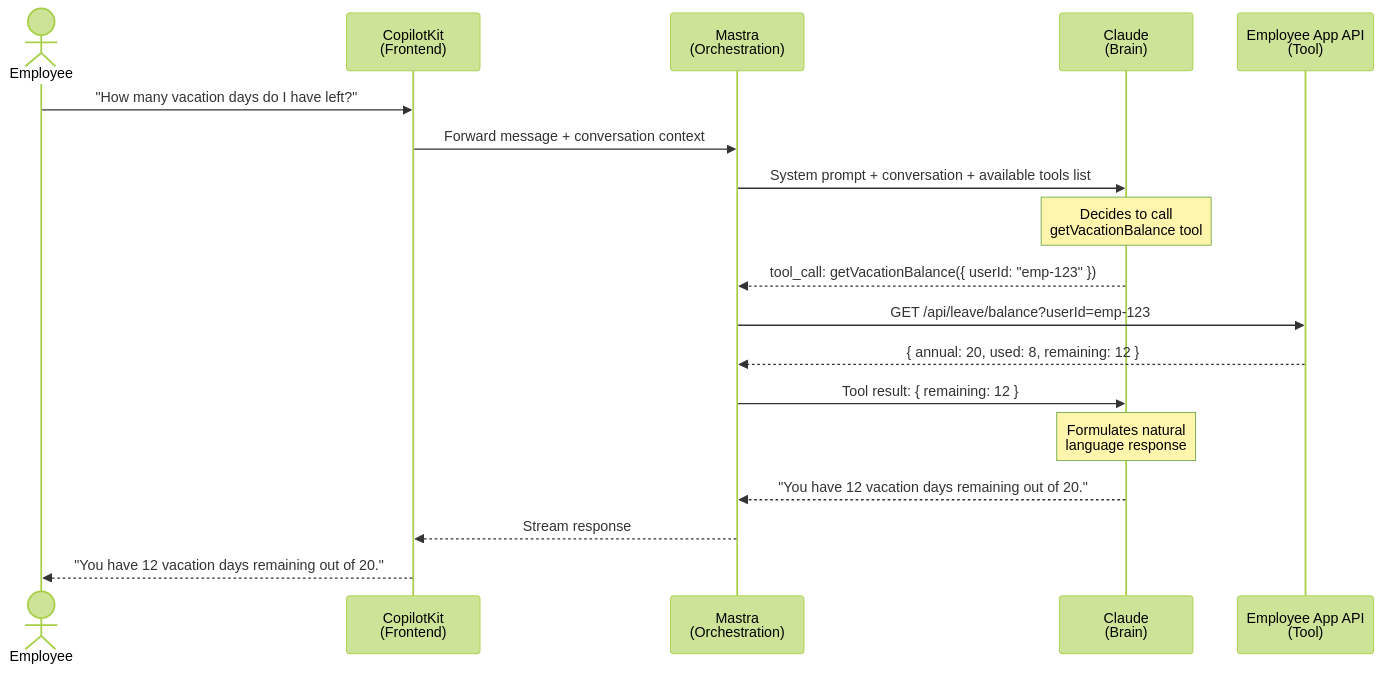
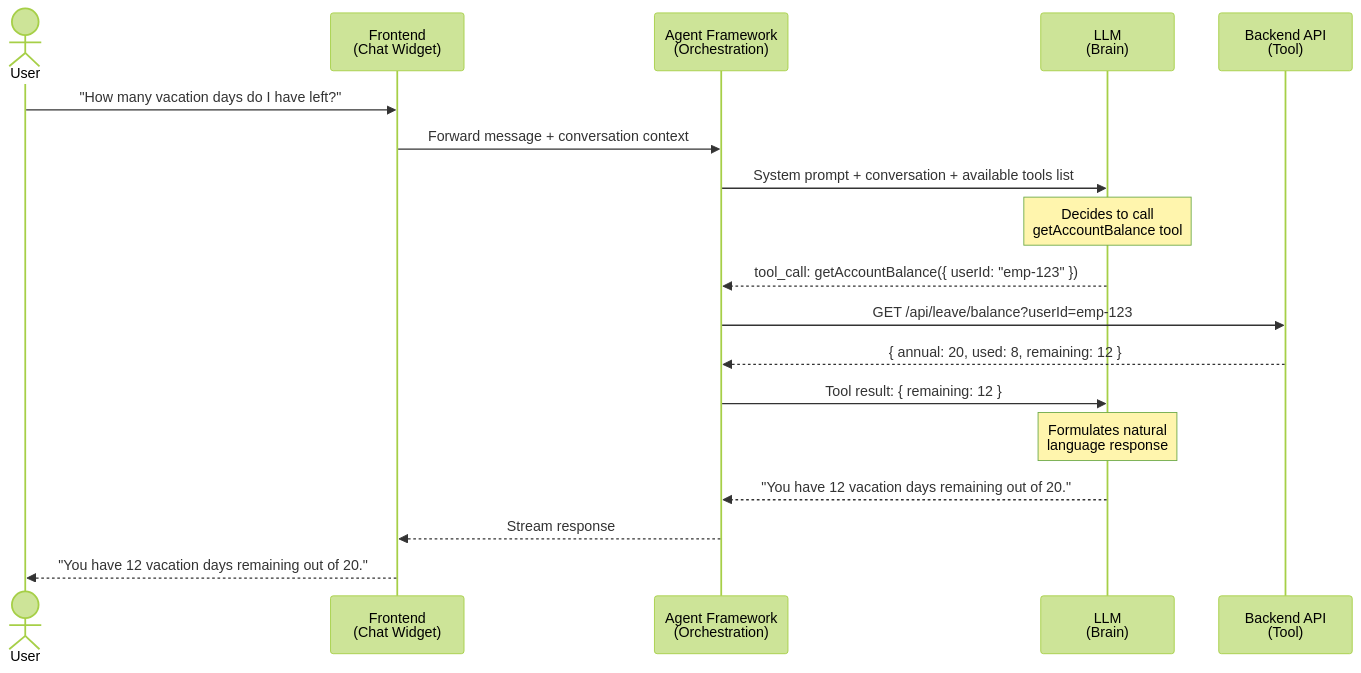
Before and after one commit to lngyeen/owt-employee-copilot: the fourth of 17 diagrams in docs/core/ai-agent-fundamentals.md, drawn with Mermaid (forest theme). The commit also changed other lines of this file, not shown here.

First line of the commit message:
docs: restructure ai-agent-fundamentals as generic reference

````diff
--- a/docs/core/ai-agent-fundamentals.md
+++ b/docs/core/ai-agent-fundamentals.md
@@ -149,25 +188,25 @@
 ```mermaid
 sequenceDiagram
-    actor User as Employee
-    participant App as CopilotKit<br/>(Frontend)
-    participant Orch as Mastra<br/>(Orchestration)
-    participant LLM as Claude<br/>(Brain)
-    participant Tool as Employee App API<br/>(Tool)
+    actor User
+    participant App as Frontend<br/>(Chat Widget)
+    participant Orch as Agent Framework<br/>(Orchestration)
+    participant LLM as LLM<br/>(Brain)
+    participant Tool as Backend API<br/>(Tool)
 
     User->>App: "How many vacation days do I have left?"
     App->>Orch: Forward message + conversation context
     Orch->>LLM: System prompt + conversation + available tools list
 
-    Note over LLM: Decides to call<br/>getVacationBalance tool
+    Note over LLM: Decides to call<br/>getAccountBalance tool
 
-    LLM-->>Orch: tool_call: getVacationBalance({ userId: "emp-123" })
+    LLM-->>Orch: tool_call: getAccountBalance({ userId: "emp-123" })
     Orch->>Tool: GET /api/leave/balance?userId=emp-123
     Tool-->>Orch: { annual: 20, used: 8, remaining: 12 }
     Orch->>LLM: Tool result: { remaining: 12 }
 
     Note over LLM: Formulates natural<br/>language response
 
     LLM-->>Orch: "You have 12 vacation days remaining out of 20."
     Orch-->>App: Stream response
     App-->>User: "You have 12 vacation days remaining out of 20."
 ```
````
